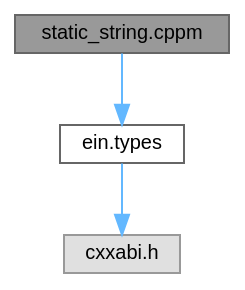
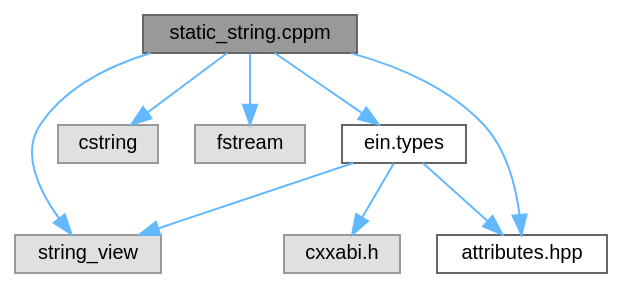
Before and after one commit to ekmett/ein: the diagram in static__string_8cppm__incl.dot, drawn with Graphviz. The commit also changed 38 other files, not shown here.

```diff
--- a/static__string_8cppm__incl.dot
+++ b/static__string_8cppm__incl.dot
@@ -1,13 +1,23 @@
 digraph "static_string.cppm"
 {
  // INTERACTIVE_SVG=YES
  // LATEX_PDF_SIZE
   bgcolor="transparent";
   edge [fontname=Helvetica,fontsize=10,labelfontname=Helvetica,labelfontsize=10];
   node [fontname=Helvetica,fontsize=10,shape=box,height=0.2,width=0.4];
   Node1 [id="Node000001",label="static_string.cppm",height=0.2,width=0.4,color="gray40", fillcolor="grey60", style="filled", fontcolor="black",tooltip=" "];
   Node1 -> Node2 [id="edge1_Node000001_Node000002",color="steelblue1",style="solid",tooltip=" "];
-  Node2 [id="Node000002",label="ein.types",height=0.2,width=0.4,color="grey40", fillcolor="white", style="filled",URL="$types_8cppm.html",tooltip=" "];
-  Node2 -> Node3 [id="edge2_Node000002_Node000003",color="steelblue1",style="solid",tooltip=" "];
-  Node3 [id="Node000003",label="cxxabi.h",height=0.2,width=0.4,color="grey60", fillcolor="#E0E0E0", style="filled",tooltip=" "];
+  Node2 [id="Node000002",label="string_view",height=0.2,width=0.4,color="grey60", fillcolor="#E0E0E0", style="filled",tooltip=" "];
+  Node1 -> Node3 [id="edge2_Node000001_Node000003",color="steelblue1",style="solid",tooltip=" "];
+  Node3 [id="Node000003",label="cstring",height=0.2,width=0.4,color="grey60", fillcolor="#E0E0E0", style="filled",tooltip=" "];
+  Node1 -> Node4 [id="edge3_Node000001_Node000004",color="steelblue1",style="solid",tooltip=" "];
+  Node4 [id="Node000004",label="fstream",height=0.2,width=0.4,color="grey60", fillcolor="#E0E0E0", style="filled",tooltip=" "];
+  Node1 -> Node5 [id="edge4_Node000001_Node000005",color="steelblue1",style="solid",tooltip=" "];
+  Node5 [id="Node000005",label="attributes.hpp",height=0.2,width=0.4,color="grey40", fillcolor="white", style="filled",URL="$attributes_8hpp.html",tooltip="an opinionated subset of clang/gcc attributes"];
+  Node1 -> Node6 [id="edge5_Node000001_Node000006",color="steelblue1",style="solid",tooltip=" "];
+  Node6 [id="Node000006",label="ein.types",height=0.2,width=0.4,color="grey40", fillcolor="white", style="filled",URL="$types_8cppm.html",tooltip=" "];
+  Node6 -> Node2 [id="edge6_Node000006_Node000002",color="steelblue1",style="solid",tooltip=" "];
+  Node6 -> Node5 [id="edge7_Node000006_Node000005",color="steelblue1",style="solid",tooltip=" "];
+  Node6 -> Node7 [id="edge8_Node000006_Node000007",color="steelblue1",style="solid",tooltip=" "];
+  Node7 [id="Node000007",label="cxxabi.h",height=0.2,width=0.4,color="grey60", fillcolor="#E0E0E0", style="filled",tooltip=" "];
 }
```
